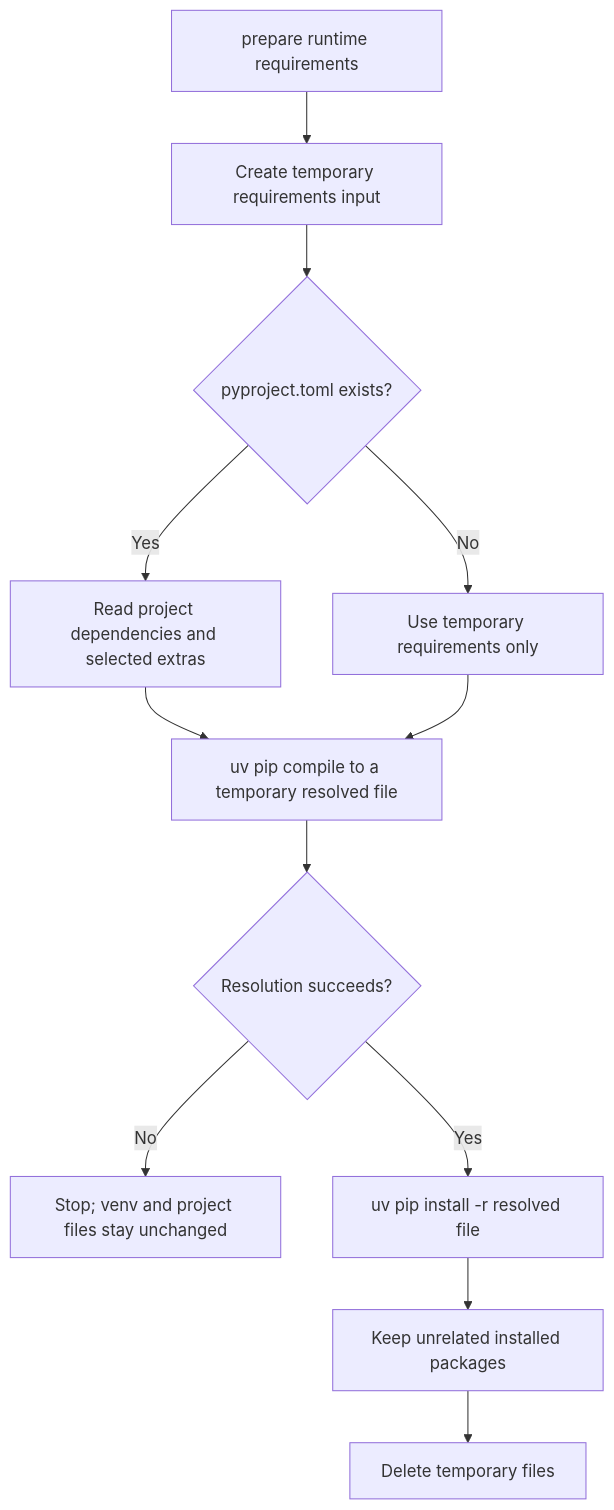
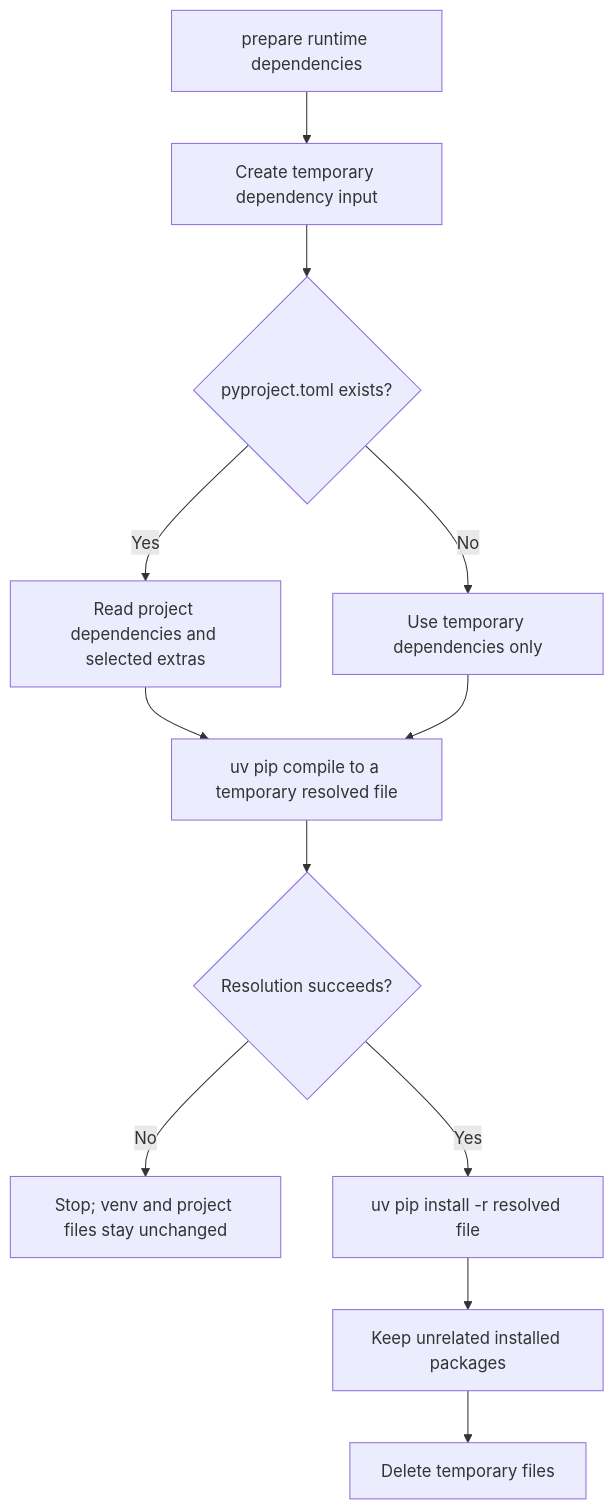
One commit to regbo/lfp-common changed the diagram in docs/diagrams/runtime-dependencies.mmd. Above: the diagram before and after it, drawn with Mermaid. The commit also changed 21 other files, not shown here.

```diff
--- a/docs/diagrams/runtime-dependencies.mmd
+++ b/docs/diagrams/runtime-dependencies.mmd
@@ -1,12 +1,12 @@
 flowchart TD
-    A["prepare runtime requirements"] --> B["Create temporary requirements input"]
+    A["prepare runtime dependencies"] --> B["Create temporary dependency input"]
     B --> C{"pyproject.toml exists?"}
     C -->|Yes| D["Read project dependencies and selected extras"]
-    C -->|No| E["Use temporary requirements only"]
+    C -->|No| E["Use temporary dependencies only"]
     D --> F["uv pip compile to a temporary resolved file"]
     E --> F
     F --> G{"Resolution succeeds?"}
     G -->|No| H["Stop; venv and project files stay unchanged"]
     G -->|Yes| I["uv pip install -r resolved file"]
     I --> J["Keep unrelated installed packages"]
     J --> K["Delete temporary files"]
```
